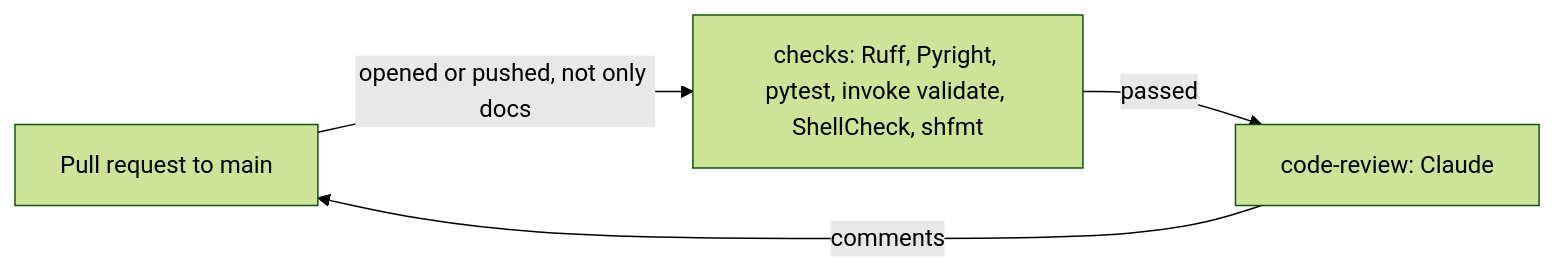
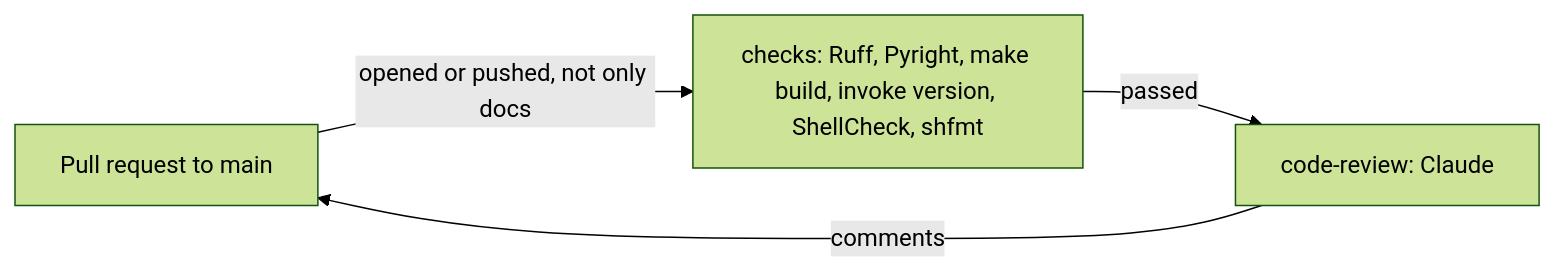
The diagram in docs/ci.md (froazin/wsl), drawn with Mermaid (forest theme) before and after one commit. The commit also changed other lines of this file and 22 other files, not shown here.

First line of the commit message:
ci: Rebuild the checks and releases on the manifest build

````diff
--- a/docs/ci.md
+++ b/docs/ci.md
@@ -24,8 +20,8 @@
 ```mermaid
 flowchart LR
     accTitle: The jobs that run on a pull request
-    accDescr: A pull request that changes more than docs starts the workflow. The checks job lints, type-checks, tests and validates the config. When the checks pass, the code-review job runs Claude, which comments on the pull request.
-    pr["Pull request to main"] -->|"opened or pushed, not only docs"| checks["checks: Ruff, Pyright, pytest, invoke validate, ShellCheck, shfmt"]
+    accDescr: A pull request that changes more than docs starts the workflow. The checks job lints and type-checks the tooling, builds the config and lints the shell scripts. When the checks pass, the code-review job runs Claude, which comments on the pull request.
+    pr["Pull request to main"] -->|"opened or pushed, not only docs"| checks["checks: Ruff, Pyright, make build, invoke version, ShellCheck, shfmt"]
     checks -->|passed| review["code-review: Claude"]
     review -->|comments| pr
 ```
````
